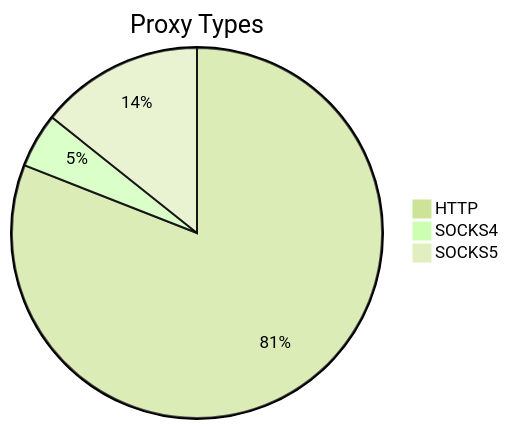
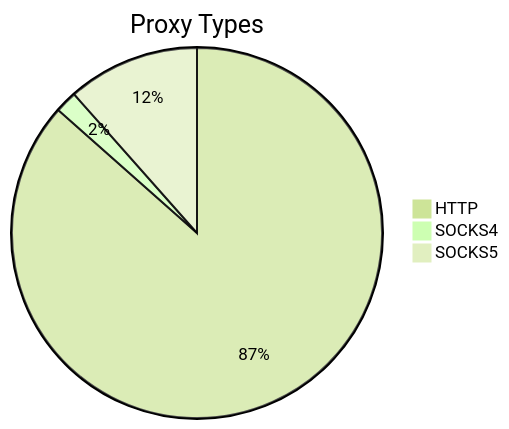
Before and after one commit to stormsia/proxy-list: the first of 2 diagrams in README.md, drawn with Mermaid (forest theme). The commit also changed other lines of this file, not shown here.

````diff
--- a/README.md
+++ b/README.md
@@ -21,6 +21,6 @@
 ```mermaid
 pie title Proxy Types
-    "HTTP" : 340
-    "SOCKS4" : 20
-    "SOCKS5" : 60
+    "HTTP" : 360
+    "SOCKS4" : 8
+    "SOCKS5" : 48
 ```
````
